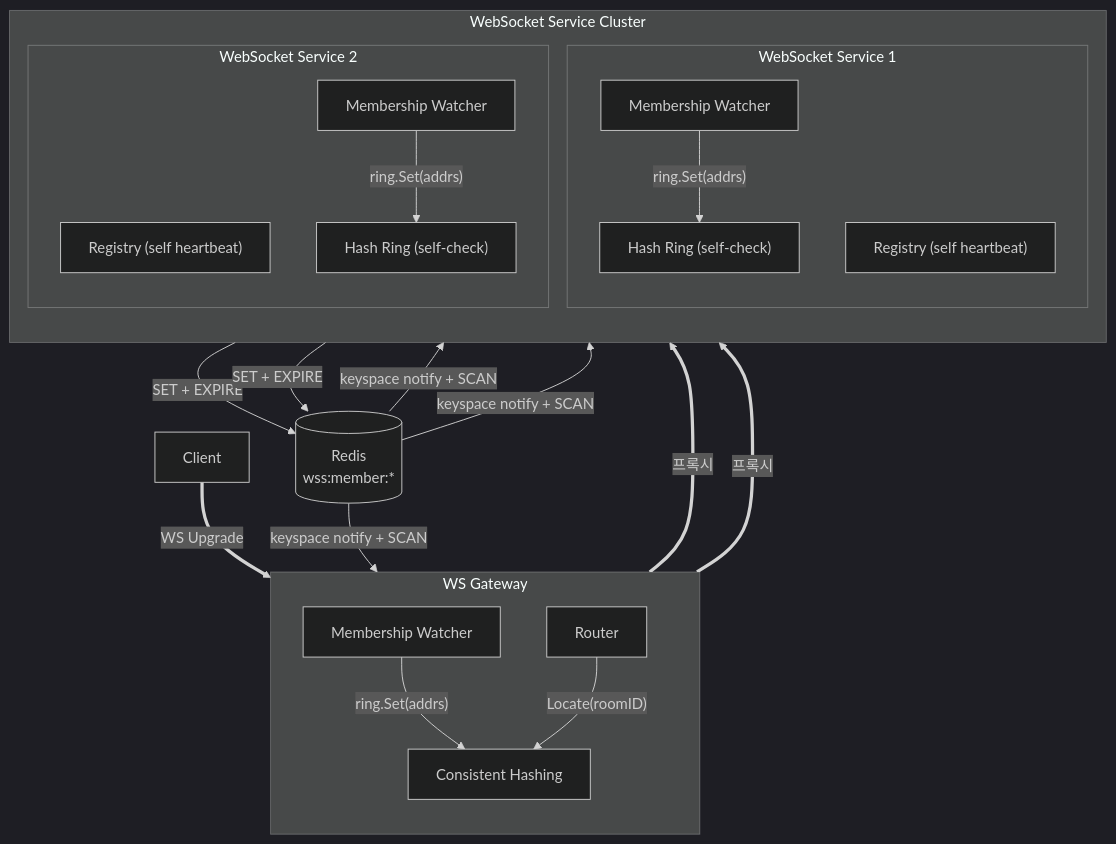
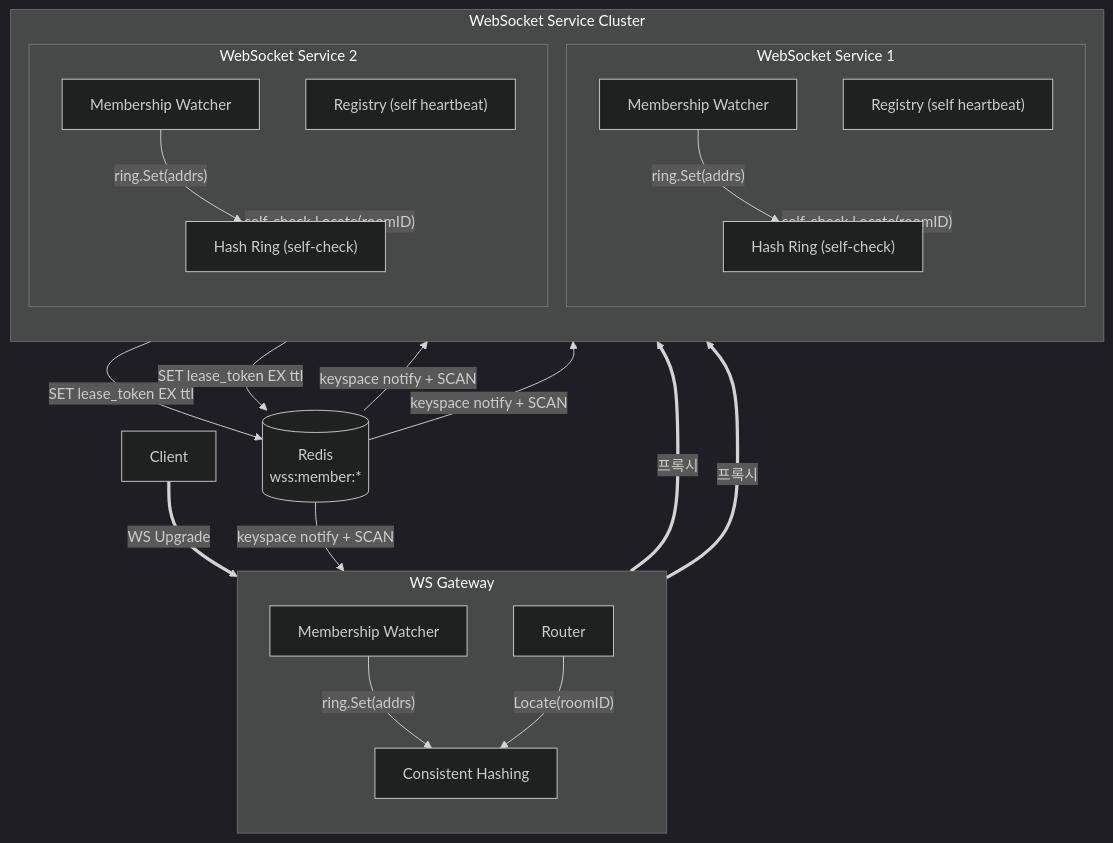
One commit to happyhun/go-chat-msa changed the diagram in docs/diagrams/flow-ws-routing.mmd. Above: the diagram before and after it, drawn with Mermaid (dark theme). The commit also changed 5 other files, not shown here.

```diff
--- a/docs/diagrams/flow-ws-routing.mmd
+++ b/docs/diagrams/flow-ws-routing.mmd
@@ -1,42 +1,44 @@
 flowchart TB
     Client["Client"]
 
     subgraph WSGateway ["WS Gateway"]
         direction TB
         Router["Router"]
         Hashring["Consistent Hashing"]
         Watcher_G["Membership Watcher"]
     end
 
     subgraph WS_Cluster ["WebSocket Service Cluster"]
         direction TB
         subgraph WSS1 ["WebSocket Service 1"]
             Reg1["Registry (self heartbeat)"]
             Watcher1["Membership Watcher"]
             Ring1["Hash Ring (self-check)"]
         end
         subgraph WSS2 ["WebSocket Service 2"]
             Reg2["Registry (self heartbeat)"]
             Watcher2["Membership Watcher"]
             Ring2["Hash Ring (self-check)"]
         end
     end
 
     Redis[("Redis<br/>wss:member:*")]
 
     Client == "WS Upgrade" ==> Router
 
-    Reg1 -- "SET + EXPIRE" --> Redis
-    Reg2 -- "SET + EXPIRE" --> Redis
+    Reg1 -- "SET lease_token EX ttl" --> Redis
+    Reg2 -- "SET lease_token EX ttl" --> Redis
 
     Redis -- "keyspace notify + SCAN" --> Watcher_G
     Redis -- "keyspace notify + SCAN" --> Watcher1
     Redis -- "keyspace notify + SCAN" --> Watcher2
 
     Watcher_G -- "ring.Set(addrs)" --> Hashring
     Watcher1 -- "ring.Set(addrs)" --> Ring1
     Watcher2 -- "ring.Set(addrs)" --> Ring2
 
     Router -- "Locate(roomID)" --> Hashring
     Router == "프록시" ==> WSS1
     Router == "프록시" ==> WSS2
+    WSS1 -- "self-check Locate(roomID)" --> Ring1
+    WSS2 -- "self-check Locate(roomID)" --> Ring2
```
